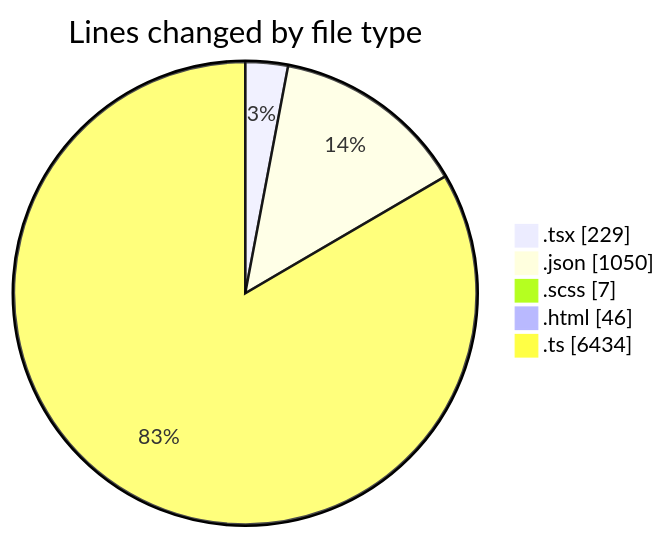
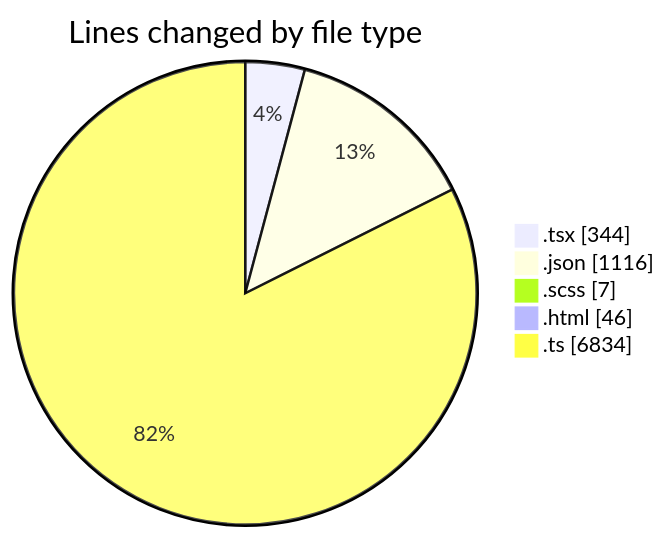
The first of 2 diagrams in 2026-04-14/cda/README.md (momahboobian/code-tracking), drawn with Mermaid before and after one commit. The commit also changed other lines of this file and 1 other file, not shown here.

````diff
--- a/2026-04-14/cda/README.md
+++ b/2026-04-14/cda/README.md
@@ -34,9 +35,9 @@
 ```mermaid
 pie showData
 title Lines changed by file type
-".tsx" : 229
-".json" : 1050
+".tsx" : 344
+".json" : 1116
 ".scss" : 7
 ".html" : 46
-".ts" : 6434
+".ts" : 6834
 ```
````
